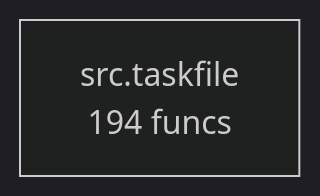
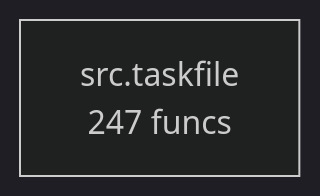
One commit to pyfunc/taskfile changed the diagram in project/compact_flow.mmd. Above: the diagram before and after it, drawn with Mermaid (dark theme). The commit also changed 53 other files, not shown here.

```diff
--- a/project/compact_flow.mmd
+++ b/project/compact_flow.mmd
@@ -1,2 +1,2 @@
 flowchart TD
-    src_taskfile["src.taskfile<br/>194 funcs"]
+    src_taskfile["src.taskfile<br/>247 funcs"]
```
